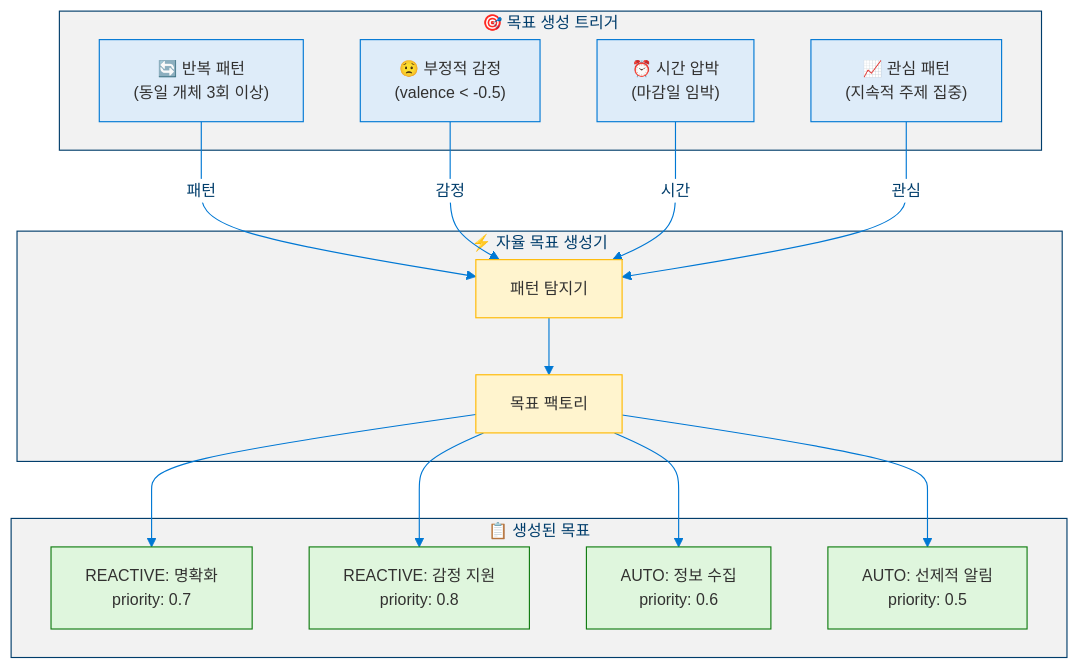
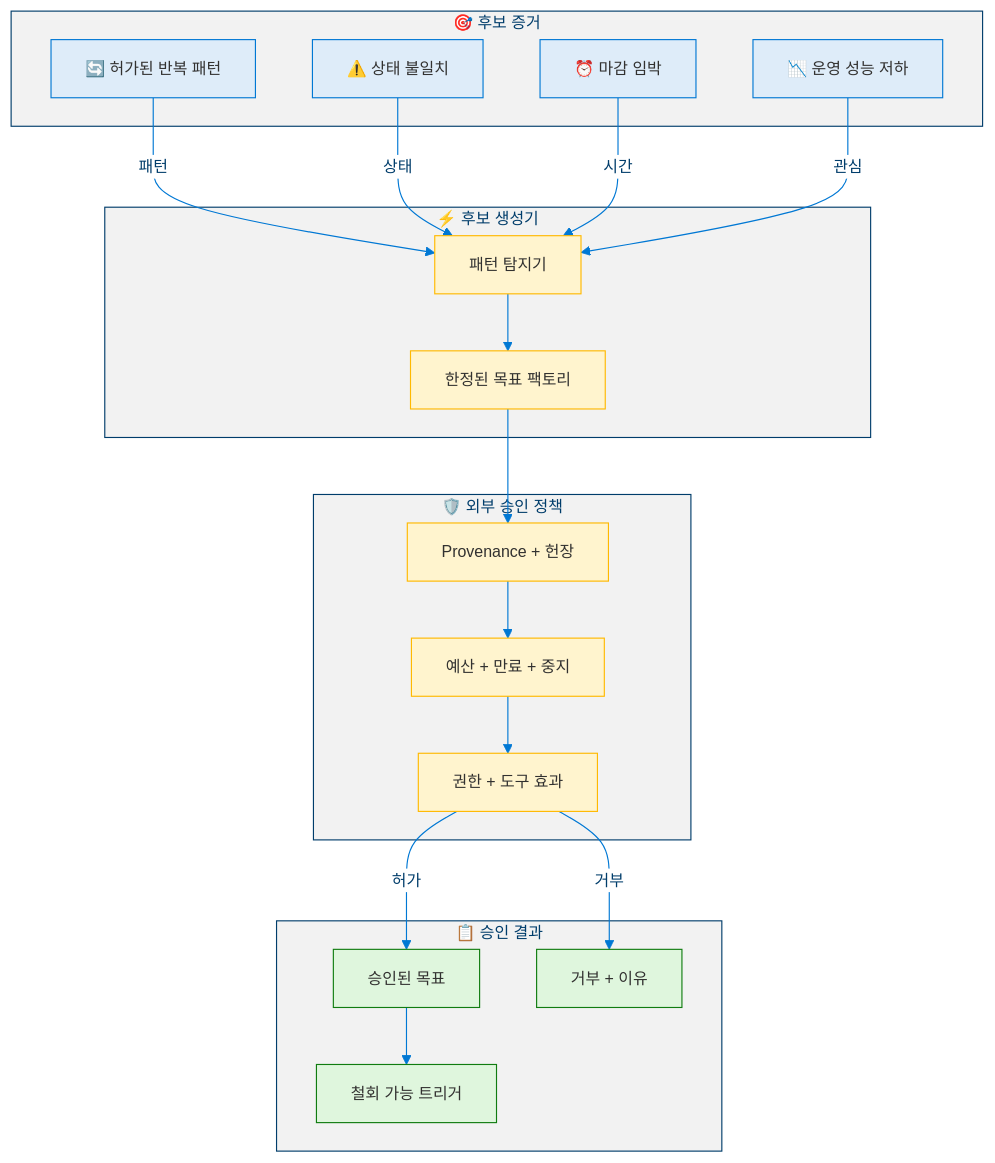
Before and after one commit to dotnetpower/mscp: the fourth of 8 diagrams in docs/levels/Level_2_Autonomous_Agent.ko.md, drawn with Mermaid. The commit also changed other lines of this file and 21 other files, not shown here.

````diff
--- a/docs/levels/Level_2_Autonomous_Agent.ko.md
+++ b/docs/levels/Level_2_Autonomous_Agent.ko.md
@@ -407,37 +471,41 @@
 ```mermaid
 %%{init: {'theme': 'base', 'themeVariables': {'primaryColor': '#0078D4', 'primaryTextColor': '#003D6B', 'primaryBorderColor': '#003D6B', 'secondaryColor': '#50E6FF', 'secondaryTextColor': '#323130', 'secondaryBorderColor': '#00BCF2', 'tertiaryColor': '#F2F2F2', 'tertiaryTextColor': '#323130', 'lineColor': '#0078D4', 'textColor': '#323130', 'mainBkg': '#DEECF9', 'nodeBorder': '#0078D4', 'clusterBkg': '#F2F2F2', 'clusterBorder': '#003D6B', 'titleColor': '#003D6B', 'edgeLabelBackground': '#FFFFFF', 'fontSize': '14px'}}}%%
 flowchart TD
   classDef perceptionLight fill:#DEECF9,stroke:#0078D4,color:#323130
   classDef generatorLight fill:#FFF4CE,stroke:#FFB900,color:#323130
   classDef goalLight fill:#DFF6DD,stroke:#107C10,color:#323130
 
-  subgraph Triggers["🎯 목표 생성 트리거"]
-    T1["🔄 반복 패턴<br/>(동일 개체 3회 이상)"]:::perceptionLight
-    T2["😟 부정적 감정<br/>(valence < -0.5)"]:::perceptionLight
-    T3["⏰ 시간 압박<br/>(마감일 임박)"]:::perceptionLight
-    T4["📈 관심 패턴<br/>(지속적 주제 집중)"]:::perceptionLight
+  subgraph Triggers["🎯 후보 증거"]
+    T1["🔄 허가된 반복 패턴"]:::perceptionLight
+    T2["⚠️ 상태 불일치"]:::perceptionLight
+    T3["⏰ 마감 임박"]:::perceptionLight
+    T4["📉 운영 성능 저하"]:::perceptionLight
   end
 
-  subgraph Generator["⚡ 자율 목표 생성기"]
+  subgraph Generator["⚡ 후보 생성기"]
     PD["패턴 탐지기"]:::generatorLight
-    GF["목표 팩토리"]:::generatorLight
+    GF["한정된 목표 팩토리"]:::generatorLight
     PD --> GF
   end
 
-  subgraph Goals["📋 생성된 목표"]
-    G1["REACTIVE: 명확화<br/>priority: 0.7"]:::goalLight
-    G2["REACTIVE: 감정 지원<br/>priority: 0.8"]:::goalLight
-    G3["AUTO: 정보 수집<br/>priority: 0.6"]:::goalLight
-    G4["AUTO: 선제적 알림<br/>priority: 0.5"]:::goalLight
+  subgraph Admission["🛡️ 외부 승인 정책"]
+    V1["Provenance + 헌장"]:::generatorLight
+    V2["예산 + 만료 + 중지"]:::generatorLight
+    V3["권한 + 도구 효과"]:::generatorLight
+  end
+
+  subgraph Goals["📋 승인 결과"]
+    G1["승인된 목표"]:::goalLight
+    G2["철회 가능 트리거"]:::goalLight
+    G3["거부 + 이유"]:::goalLight
   end
 
   T1 -->|패턴| PD
-  T2 -->|감정| PD
+  T2 -->|상태| PD
   T3 -->|시간| PD
   T4 -->|관심| PD
 
-  GF --> G1
-  GF --> G2
-  GF --> G3
-  GF --> G4
+  GF --> V1 --> V2 --> V3
+  V3 -->|허가| G1 --> G2
+  V3 -->|거부| G3
 ```
````
